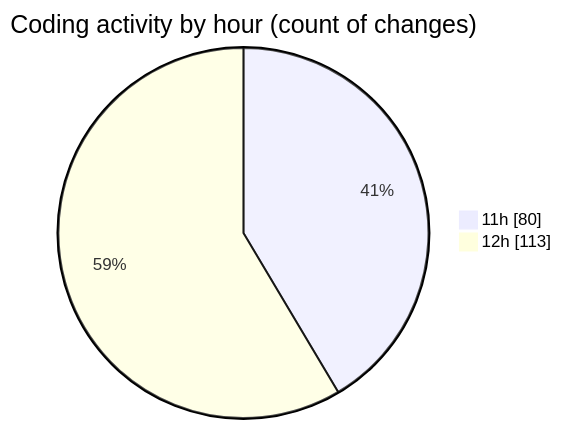
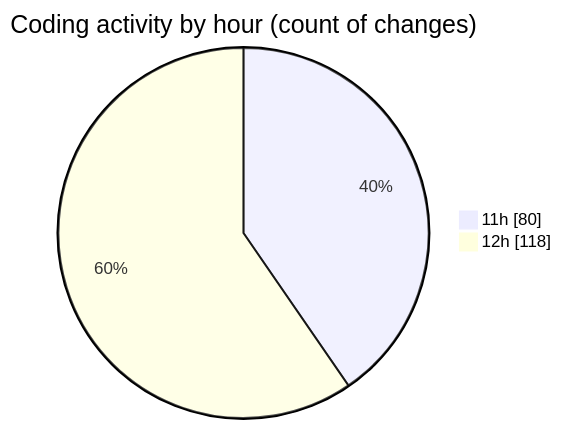
One commit to nxtqubesakshisongat/code-tracking changed the second of 2 diagrams in 2025-04-19/nxtqube_webapp/README.md. Above: the diagram before and after it, drawn with Mermaid. The commit also changed other lines of this file and 1 other file, not shown here.

````diff
--- a/2025-04-19/nxtqube_webapp/README.md
+++ b/2025-04-19/nxtqube_webapp/README.md
@@ -36,6 +37,6 @@
 ```mermaid
 pie showData
 title Coding activity by hour (count of changes)
 "11h" : 80
-"12h" : 113
+"12h" : 118
 ```
````
